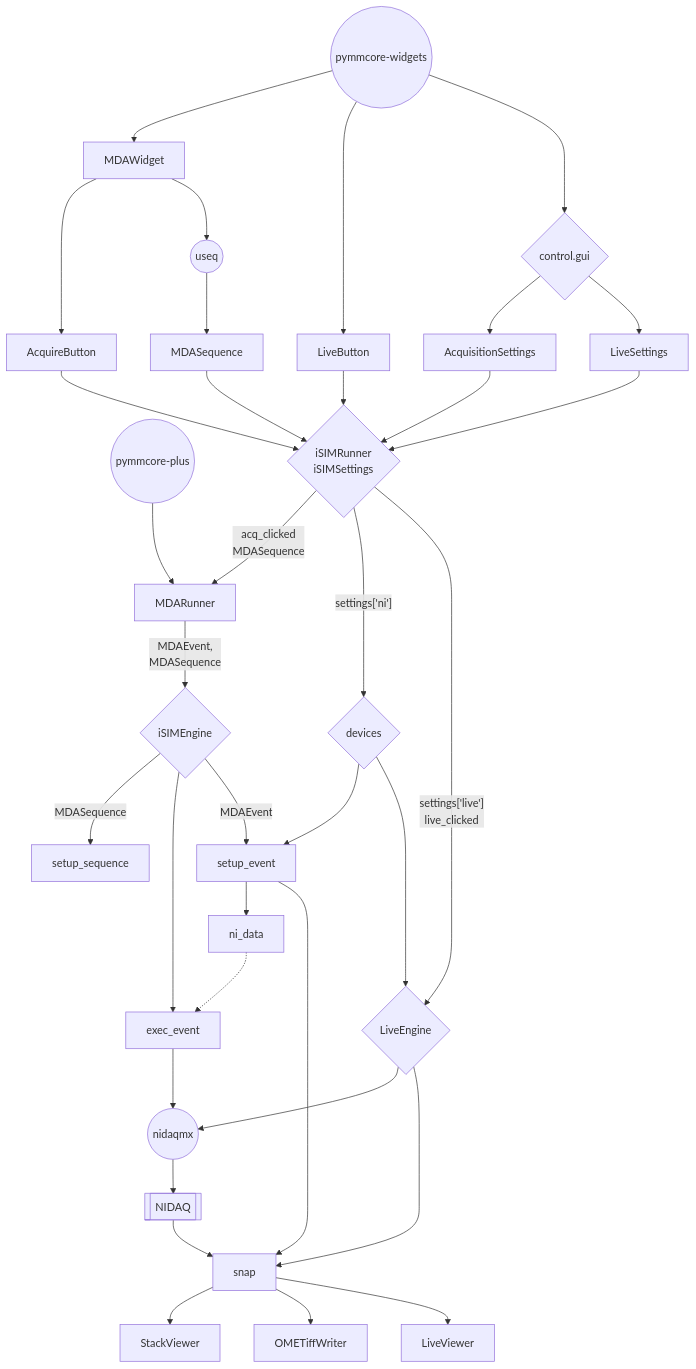
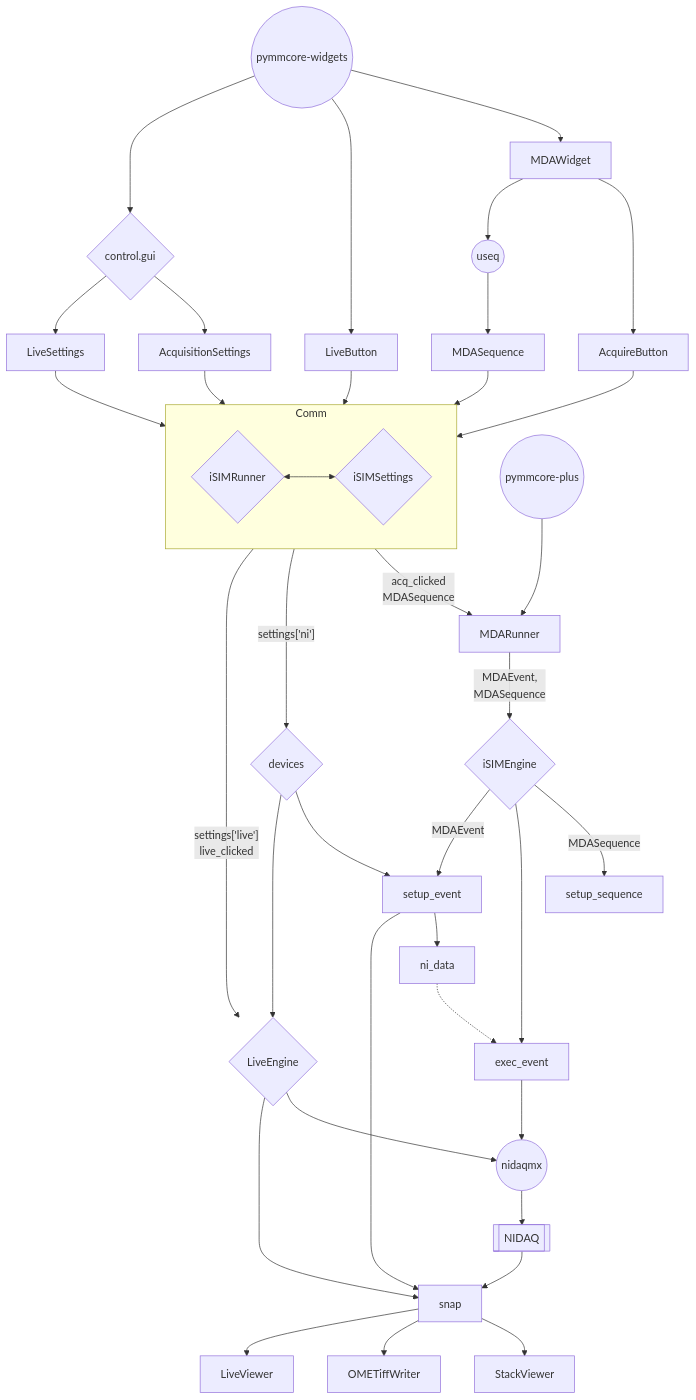
Before and after one commit to LEB-EPFL/iSIM: the diagram in control/doc/structure.md, drawn with Mermaid.

Commit message:
structure updated

````diff
--- a/control/doc/structure.md
+++ b/control/doc/structure.md
@@ -1,58 +1,65 @@
 ```mermaid
-flowchart TD;
+flowchart TB
     useq((useq))
+    pymmcore-widgets((pymmcore-widgets))
+    iSIMSettings{iSIMSettings}
+    iSIMRunner{iSIMRunner}
     pymmcore-plus((pymmcore-plus))
-    pymmcore-widgets((pymmcore-widgets))
     iSIMEngine{iSIMEngine}
     control.gui{control.gui}
-    iSIMRunner{iSIMRunner \n iSIMSettings}
 
+    subgraph Comm
+        direction LR
+        iSIMRunner <--> iSIMSettings
+    end
     devices{devices}
     NIDAQ[[NIDAQ]]
     nidaqmx((nidaqmx))
 
     %% Acquisisitons
+
     useq --> MDASequence
     pymmcore-widgets --> MDAWidget
     control.gui --> AcquisitionSettings
-    AcquisitionSettings --> iSIMRunner
     MDAWidget --> AcquireButton
-    AcquireButton --> iSIMRunner
+    AcquireButton --> Comm
     MDAWidget --> useq
+    MDASequence --> Comm
+    AcquisitionSettings --> Comm
 
-    MDASequence --> iSIMRunner
+
     pymmcore-plus --> MDARunner
+    Comm -- acq_clicked \n MDASequence--> MDARunner
+    Comm -- settings['ni'] --> devices
 
-    iSIMRunner -- acq_clicked \n MDASequence--> MDARunner
-    iSIMRunner -- settings['ni'] --> devices
 
     MDARunner -- MDAEvent, \n MDASequence --> iSIMEngine
     iSIMEngine -- MDASequence --> setup_sequence
     iSIMEngine --> exec_event
     iSIMEngine -- MDAEvent --> setup_event
     devices --> setup_event
     setup_event --> ni_data
     setup_event --> snap
     ni_data -.-> exec_event
     exec_event --> nidaqmx
     nidaqmx --> NIDAQ
     snap --> StackViewer
     snap --> OMETiffWriter
 
 
     %% Live Mode
     pymmcore-widgets --> LiveButton
-    LiveButton --> iSIMRunner
+    LiveButton --> Comm
     LiveEngine{LiveEngine} --> nidaqmx
     LiveEngine --> snap
     NIDAQ --> snap
     snap --> LiveViewer
 
     devices --> LiveEngine
-    iSIMRunner -- settings['live'] \n live_clicked--> LiveEngine
+    Comm -- settings['live'] \n live_clicked--> LiveEngine
 
     control.gui --> LiveSettings
     pymmcore-widgets --> control.gui
-    LiveSettings --> iSIMRunner
+    LiveSettings --> Comm
 
 ```
````
